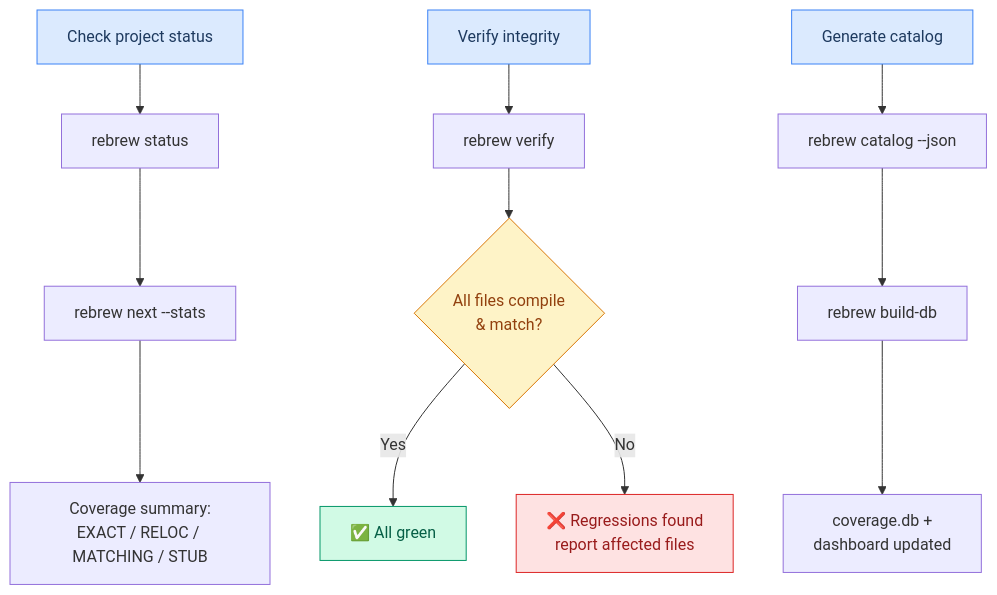
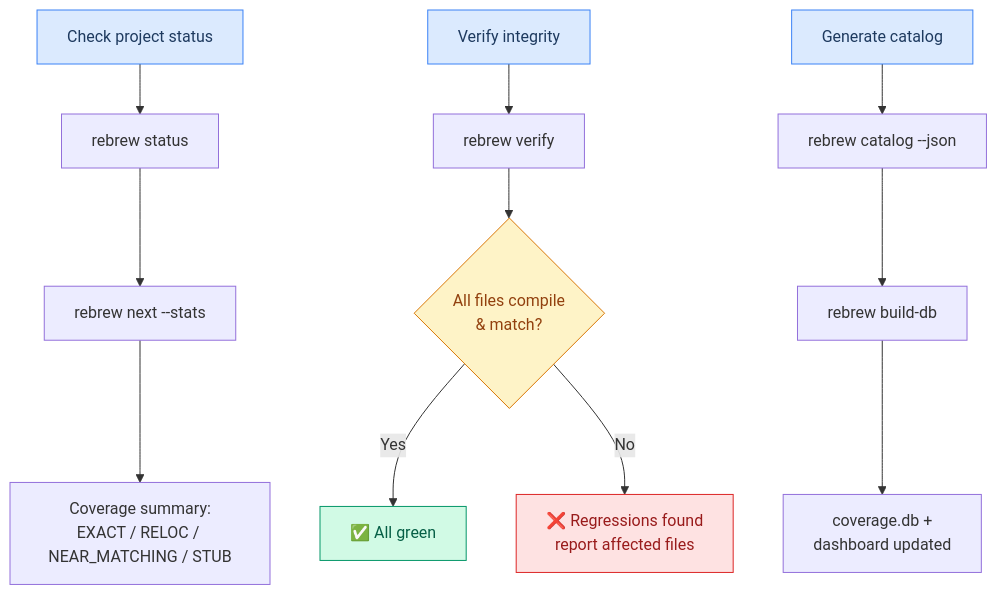
Diagram 11 of 16 in docs/USER_STORIES.md (maci0/rebrew), drawn with Mermaid before and after one commit. The commit also changed other lines of this file and 81 other files, not shown here.

````diff
--- a/docs/USER_STORIES.md
+++ b/docs/USER_STORIES.md
@@ -366,22 +366,22 @@
 ```mermaid
 graph TD
     A["Check project status"] --> S["rebrew status"]
     S --> B["rebrew next --stats"]
-    B --> C["Coverage summary:<br/>EXACT / RELOC / MATCHING / STUB"]
+    B --> C["Coverage summary:<br/>EXACT / RELOC / NEAR_MATCHING / STUB"]
 
     D["Verify integrity"] --> E["rebrew verify"]
     E --> F{"All files compile<br/>& match?"}
     F -->|Yes| G["✅ All green"]
     F -->|No| H["❌ Regressions found<br/>report affected files"]
 
     I["Generate catalog"] --> J["rebrew catalog --json"]
     J --> BD["rebrew build-db"]
     BD --> K["coverage.db +<br/>dashboard updated"]
 
     style A fill:#dbeafe,stroke:#3b82f6,color:#1e3a5f
     style D fill:#dbeafe,stroke:#3b82f6,color:#1e3a5f
     style I fill:#dbeafe,stroke:#3b82f6,color:#1e3a5f
     style G fill:#d1fae5,stroke:#059669,color:#065f46
     style H fill:#fee2e2,stroke:#dc2626,color:#991b1b
     style F fill:#fef3c7,stroke:#d97706,color:#92400e
 ```
````
